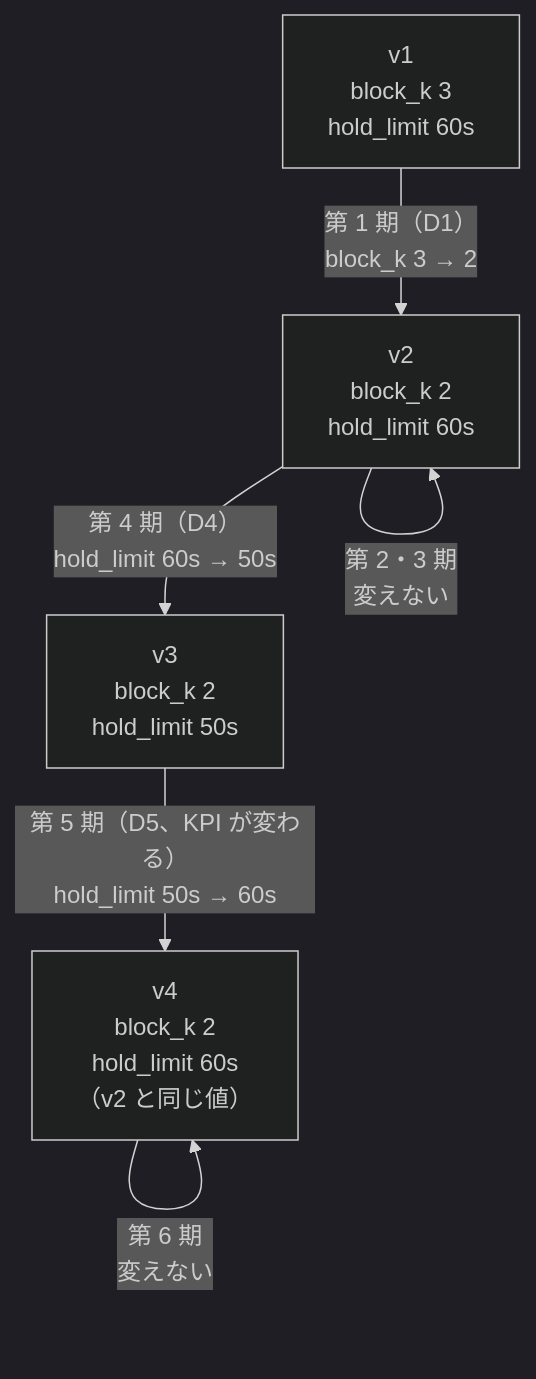
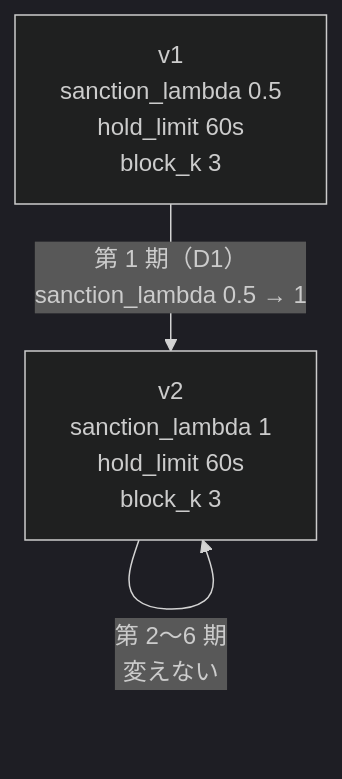
Before and after one commit to ertlnagoya/cadl-spec: the sixth of 7 diagrams in i18n/ja/docusaurus-plugin-content-docs/current/handson/robot-town-tutorial.md, drawn with Mermaid (dark theme). The commit also changed other lines of this file and 1 other file, not shown here.

Commit message:
Course D: graded responses to the sanction weight; follow the retaken records (2026-11-16) (#98)

````diff
--- a/i18n/ja/docusaurus-plugin-content-docs/current/handson/robot-town-tutorial.md
+++ b/i18n/ja/docusaurus-plugin-content-docs/current/handson/robot-town-tutorial.md
@@ -471,8 +477,5 @@
 ```mermaid
 flowchart TD
-  V1["v1<br/>block_k 3<br/>hold_limit 60s"] -->|"第 1 期（D1）<br/>block_k 3 → 2"| V2["v2<br/>block_k 2<br/>hold_limit 60s"]
-  V2 -->|"第 2・3 期<br/>変えない"| V2
-  V2 -->|"第 4 期（D4）<br/>hold_limit 60s → 50s"| V3["v3<br/>block_k 2<br/>hold_limit 50s"]
-  V3 -->|"第 5 期（D5、KPI が変わる）<br/>hold_limit 50s → 60s"| V4["v4<br/>block_k 2<br/>hold_limit 60s<br/>（v2 と同じ値）"]
-  V4 -->|"第 6 期<br/>変えない"| V4
+  V1["v1<br/>sanction_lambda 0.5<br/>hold_limit 60s<br/>block_k 3"] -->|"第 1 期（D1）<br/>sanction_lambda 0.5 → 1"| V2["v2<br/>sanction_lambda 1<br/>hold_limit 60s<br/>block_k 3"]
+  V2 -->|"第 2〜6 期<br/>変えない"| V2
 ```
````
